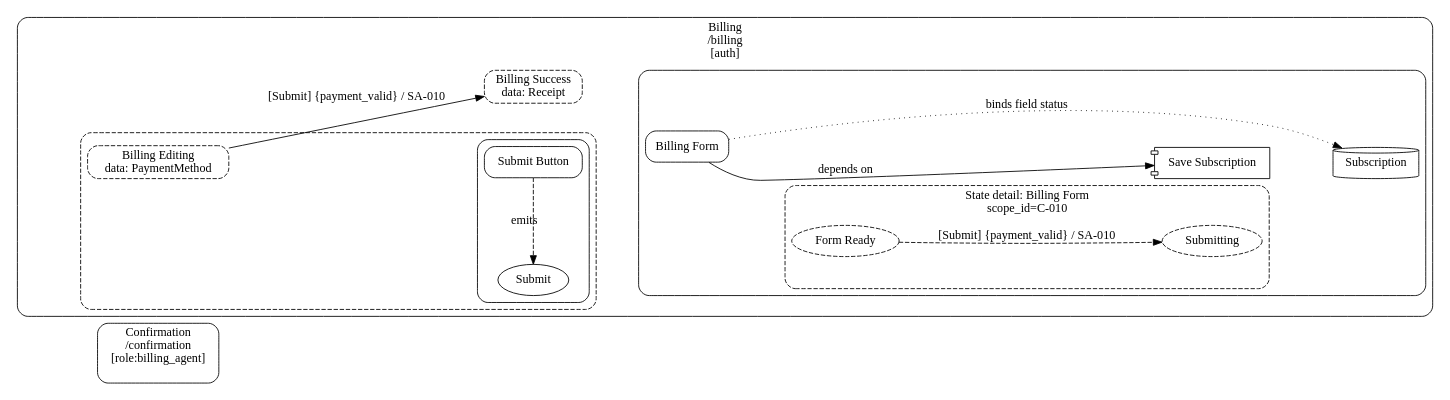
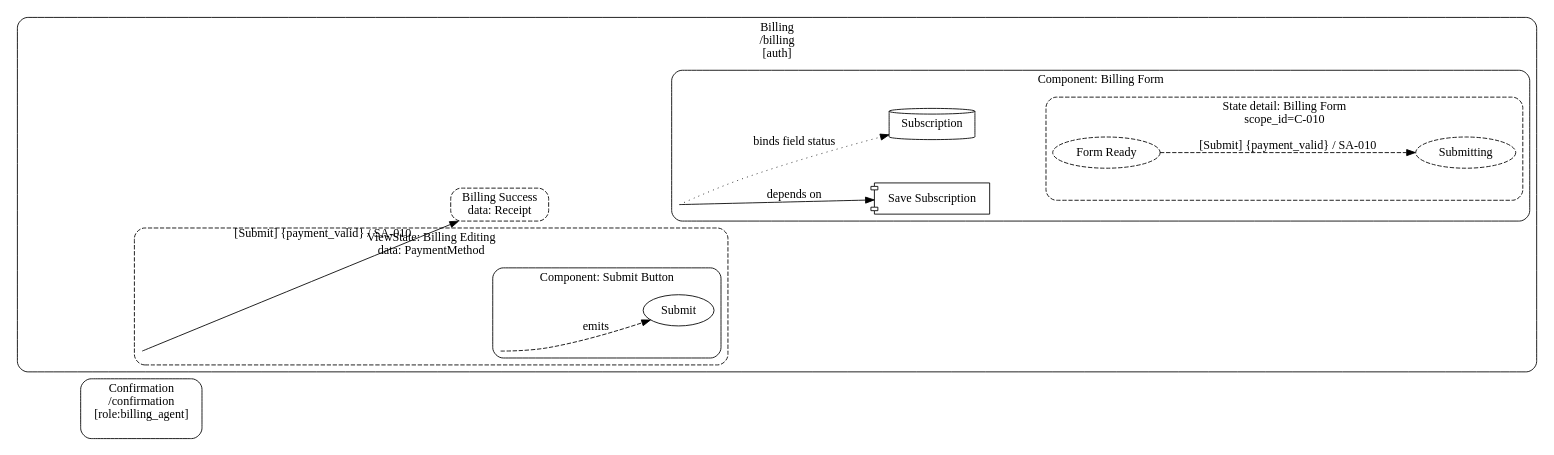
Before and after one commit to knutopia/Structured-Design-Documents: the diagram in examples/rendered/v0.1/ui_contracts_diagram_type/place_viewstate_transition_example/recommended_profile/place_viewstate_transition.ui_contracts.dot, drawn with Graphviz. The commit also changed 31 other files, not shown here.

```diff
--- a/examples/rendered/v0.1/ui_contracts_diagram_type/place_viewstate_transition_example/recommended_profile/place_viewstate_transition.ui_contracts.dot
+++ b/examples/rendered/v0.1/ui_contracts_diagram_type/place_viewstate_transition_example/recommended_profile/place_viewstate_transition.ui_contracts.dot
@@ -1,47 +1,45 @@
 digraph ui_contracts {
   rankdir=LR;
   graph [fontname="Public Sans", compound=true, nodesep=0.7, ranksep=1.0];
   node [fontname="Public Sans"];
   edge [fontname="Public Sans"];
   subgraph cluster_P_010 {
     graph [label="Billing\n/billing\n[auth]", style="rounded"];
     "P-010__anchor" [label="", shape="point", width=0, height=0, style="invis"];
     subgraph cluster_VS_010a {
-      graph [label="", style="rounded,dashed"];
-      "VS-010a" [shape="box", style="rounded,dashed", label="Billing Editing\ndata: PaymentMethod"];
+      graph [label="ViewState: Billing Editing\ndata: PaymentMethod", style="rounded,dashed"];
+      "VS-010a__anchor" [label="", shape="point", width=0, height=0, style="invis"];
       subgraph cluster_C_011 {
-        graph [label="", style="rounded"];
-        "C-011" [shape="box", style="rounded", label="Submit Button"];
+        graph [label="Component: Submit Button", style="rounded"];
+        "C-011__anchor" [label="", shape="point", width=0, height=0, style="invis"];
         "E-010" [shape="oval", label="Submit"];
       }
     }
     "VS-010b" [shape="box", style="rounded,dashed", label="Billing Success\ndata: Receipt"];
     subgraph cluster_C_010 {
-      graph [label="", style="rounded"];
-      "C-010" [shape="box", style="rounded", label="Billing Form"];
+      graph [label="Component: Billing Form", style="rounded"];
+      "C-010__anchor" [label="", shape="point", width=0, height=0, style="invis"];
+      "SA-010" [shape="component", label="Save Subscription"];
+      "D-010" [shape="cylinder", label="Subscription"];
       subgraph cluster_secondary_state_group_C_010 {
         graph [label="State detail: Billing Form\nscope_id=C-010", style="rounded,dashed"];
         "ST-010a" [shape="ellipse", style="dashed", label="Form Ready"];
         "ST-010b" [shape="ellipse", style="dashed", label="Submitting"];
       }
-      "SA-010" [shape="component", label="Save Subscription"];
-      "D-010" [shape="cylinder", label="Subscription"];
     }
   }
   subgraph cluster_P_011 {
     graph [label="Confirmation\n/confirmation\n[role:billing_agent]", style="rounded"];
     "P-011__anchor" [label="", shape="point", width=0, height=0, style="invis"];
   }
   "P-010__anchor" -> "P-011__anchor" [style=invis, weight=100];
-  "P-010__anchor" -> "VS-010a" [style=invis, weight=100];
-  "VS-010b" -> "C-010" [style=invis, weight=100];
-  "VS-010a" -> "C-011" [style=invis, weight=100];
-  "C-010" -> "ST-010a" [style=invis, weight=100];
-  "ST-010a" -> "SA-010" [style=invis, weight=100];
-  "SA-010" -> "D-010" [style=invis, weight=100];
-  "C-010" -> "D-010" [label="binds field status", style="dotted", constraint=false];
-  "C-010" -> "SA-010" [label="depends on", constraint=false];
-  "C-011" -> "E-010" [label="emits", style="dashed", constraint=false];
+  "P-010__anchor" -> "VS-010a__anchor" [style=invis, weight=100];
+  "VS-010b" -> "C-010__anchor" [style=invis, weight=100];
+  "VS-010a__anchor" -> "C-011__anchor" [style=invis, weight=100];
+  "D-010" -> "ST-010a" [style=invis, weight=100];
+  "C-010__anchor" -> "D-010" [label="binds field status", style="dotted", constraint=true];
+  "C-010__anchor" -> "SA-010" [label="depends on", constraint=true];
+  "C-011__anchor" -> "E-010" [label="emits", style="dashed", constraint=true];
   "ST-010a" -> "ST-010b" [label="[Submit] {payment_valid} / SA-010", style="dashed", weight=3];
-  "VS-010a" -> "VS-010b" [label="[Submit] {payment_valid} / SA-010", style="solid", weight=4];
+  "VS-010a__anchor" -> "VS-010b" [label="[Submit] {payment_valid} / SA-010", style="solid", weight=4];
 }
```
